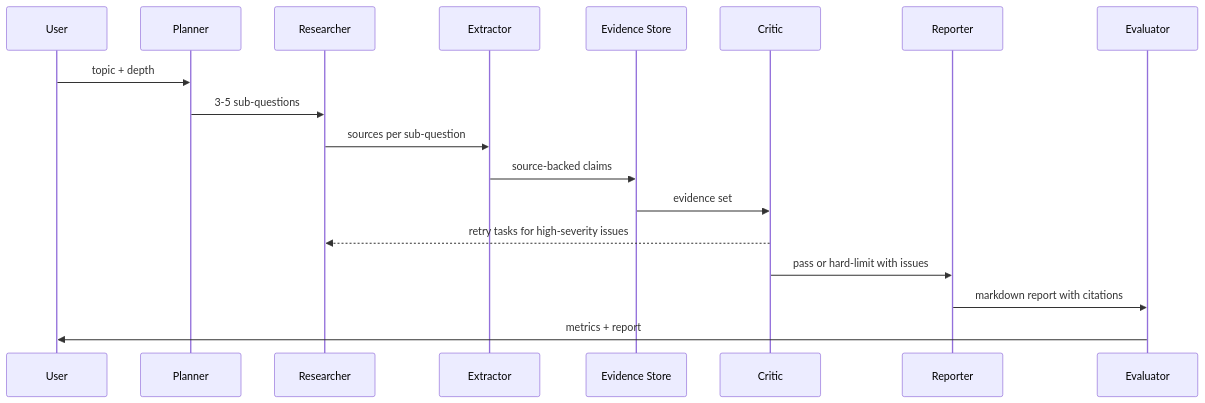
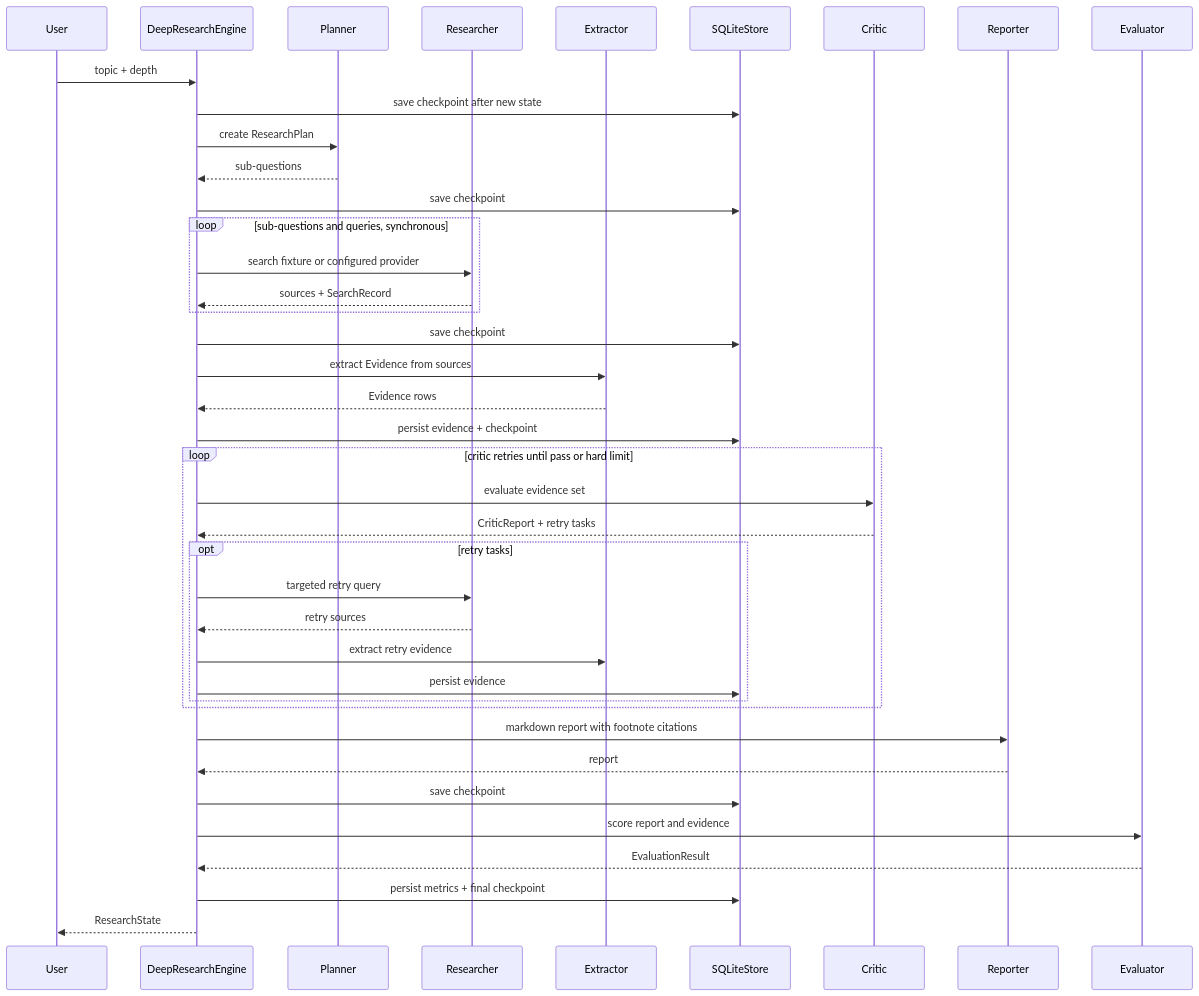
Before and after one commit to linqiaoyu/DeepResearchAgent: the diagram in docs/architecture.md, drawn with Mermaid. The commit also changed other lines of this file and 2 other files, not shown here.

Commit message:
docs: align documentation with current runtime

````diff
--- a/docs/architecture.md
+++ b/docs/architecture.md
@@ -5,21 +7,43 @@
 ```mermaid
 sequenceDiagram
     participant User
+    participant Engine as DeepResearchEngine
     participant Planner
     participant Researcher
     participant Extractor
-    participant Store as Evidence Store
+    participant Store as SQLiteStore
     participant Critic
     participant Reporter
     participant Evaluator
 
-    User->>Planner: topic + depth
-    Planner->>Researcher: 3-5 sub-questions
-    Researcher->>Extractor: sources per sub-question
-    Extractor->>Store: source-backed claims
-    Store->>Critic: evidence set
-    Critic-->>Researcher: retry tasks for high-severity issues
-    Critic->>Reporter: pass or hard-limit with issues
-    Reporter->>Evaluator: markdown report with citations
-    Evaluator->>User: metrics + report
+    User->>Engine: topic + depth
+    Engine->>Store: save checkpoint after new state
+    Engine->>Planner: create ResearchPlan
+    Planner-->>Engine: sub-questions
+    Engine->>Store: save checkpoint
+    loop sub-questions and queries, synchronous
+        Engine->>Researcher: search fixture or configured provider
+        Researcher-->>Engine: sources + SearchRecord
+    end
+    Engine->>Store: save checkpoint
+    Engine->>Extractor: extract Evidence from sources
+    Extractor-->>Engine: Evidence rows
+    Engine->>Store: persist evidence + checkpoint
+    loop critic retries until pass or hard limit
+        Engine->>Critic: evaluate evidence set
+        Critic-->>Engine: CriticReport + retry tasks
+        opt retry tasks
+            Engine->>Researcher: targeted retry query
+            Researcher-->>Engine: retry sources
+            Engine->>Extractor: extract retry evidence
+            Engine->>Store: persist evidence
+        end
+    end
+    Engine->>Reporter: markdown report with footnote citations
+    Reporter-->>Engine: report
+    Engine->>Store: save checkpoint
+    Engine->>Evaluator: score report and evidence
+    Evaluator-->>Engine: EvaluationResult
+    Engine->>Store: persist metrics + final checkpoint
+    Engine-->>User: ResearchState
 ```
````
